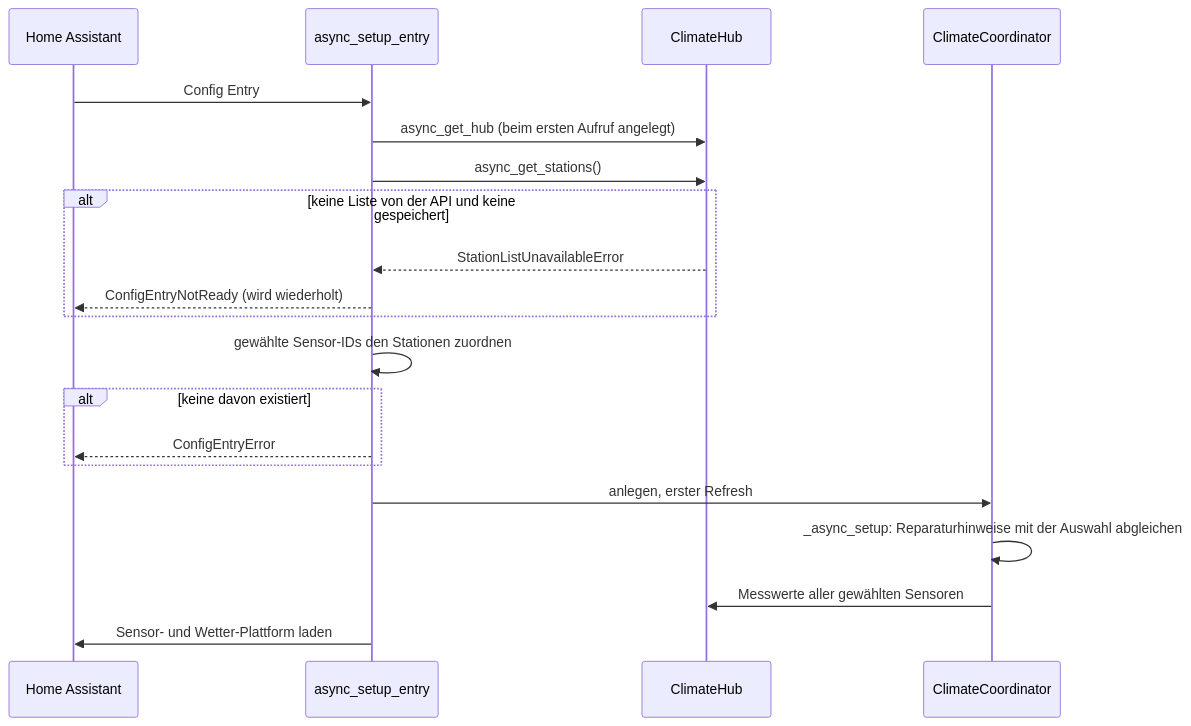
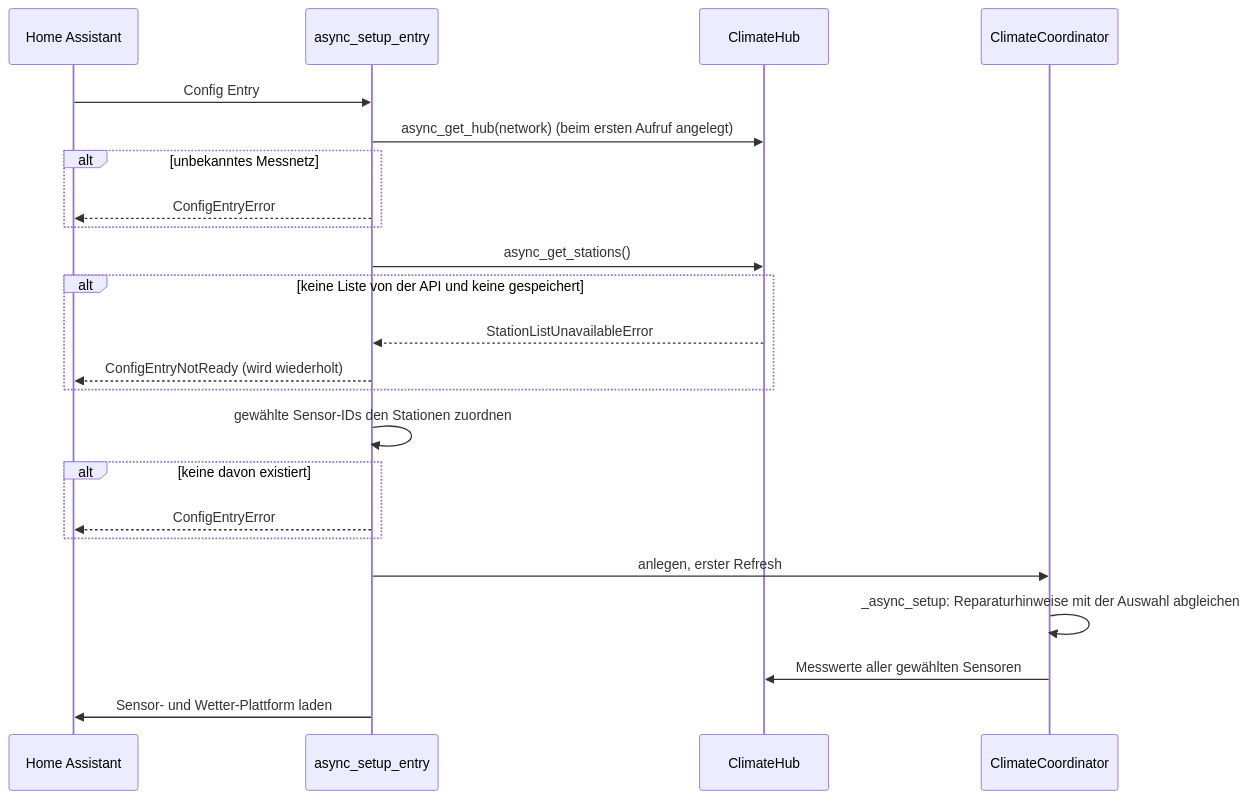
One commit to CodeBrauer/ha-urban-weather changed the second of 3 diagrams in docs/de/developer/architecture.md. Above: the diagram before and after it, drawn with Mermaid. The commit also changed other lines of this file and 30 other files, not shown here.

First line of the commit message:
feat: choose the network in the config flow (#78)

````diff
--- a/docs/de/developer/architecture.md
+++ b/docs/de/developer/architecture.md
@@ -95,22 +95,25 @@
 ```mermaid
 sequenceDiagram
     participant HA as Home Assistant
     participant Init as async_setup_entry
     participant Hub as ClimateHub
     participant Coord as ClimateCoordinator
     HA->>Init: Config Entry
-    Init->>Hub: async_get_hub (beim ersten Aufruf angelegt)
+    Init->>Hub: async_get_hub(network) (beim ersten Aufruf angelegt)
+    alt unbekanntes Messnetz
+        Init-->>HA: ConfigEntryError
+    end
     Init->>Hub: async_get_stations()
     alt keine Liste von der API und keine gespeichert
         Hub-->>Init: StationListUnavailableError
         Init-->>HA: ConfigEntryNotReady (wird wiederholt)
     end
     Init->>Init: gewählte Sensor-IDs den Stationen zuordnen
     alt keine davon existiert
         Init-->>HA: ConfigEntryError
     end
     Init->>Coord: anlegen, erster Refresh
     Coord->>Coord: _async_setup: Reparaturhinweise mit der Auswahl abgleichen
     Coord->>Hub: Messwerte aller gewählten Sensoren
     Init->>HA: Sensor- und Wetter-Plattform laden
 ```
````
